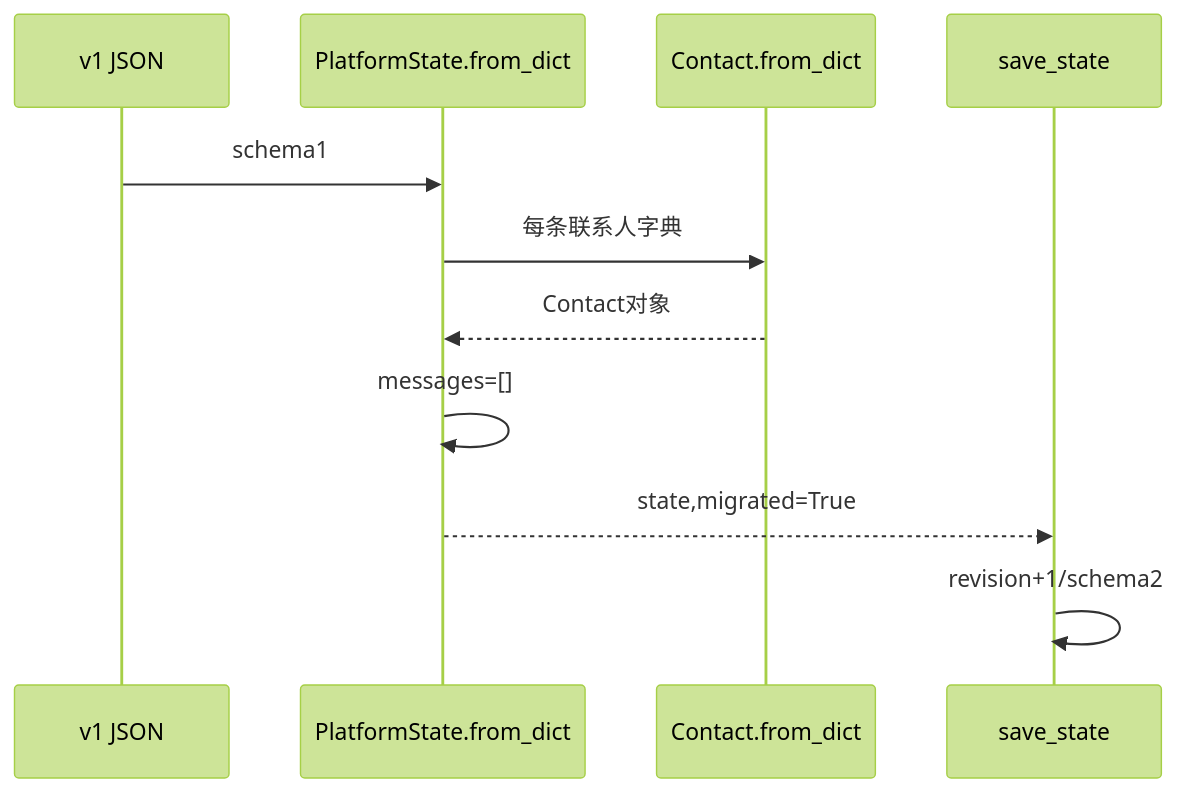
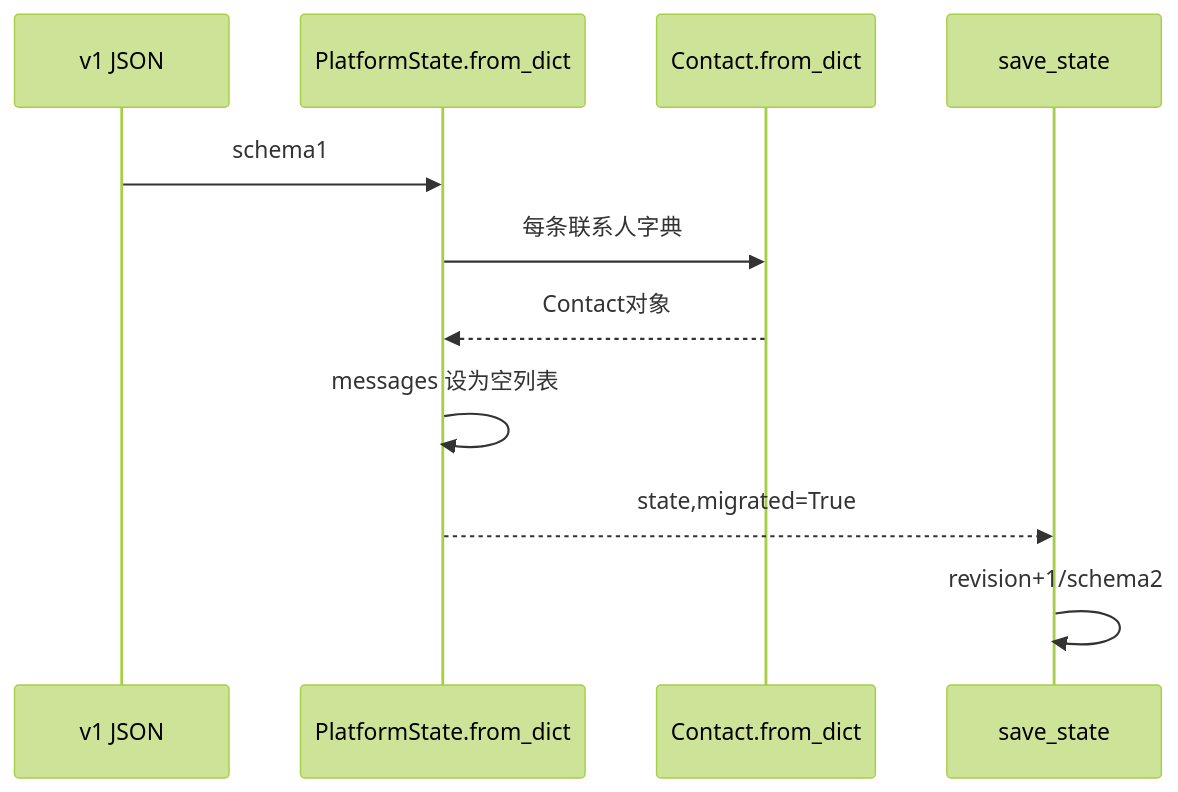
Before and after one commit to ab6539763/70_days_course_gpt56: the third of 10 diagrams in course/day08/day08-lesson.md, drawn with Mermaid (forest theme). The commit also changed other lines of this file and 1 other file, not shown here.

Commit message:
fix(day08): quote Mermaid schema migration labels

````diff
--- a/course/day08/day08-lesson.md
+++ b/course/day08/day08-lesson.md
@@ -187,13 +187,13 @@
 ```mermaid
 sequenceDiagram
     participant J as v1 JSON
     participant P as PlatformState.from_dict
     participant C as Contact.from_dict
     participant S as save_state
     J->>P: schema1
     P->>C: 每条联系人字典
     C-->>P: Contact对象
-    P->>P: messages=[]
+    P->>P: messages 设为空列表
     P-->>S: state,migrated=True
     S->>S: revision+1/schema2
 ```
````
